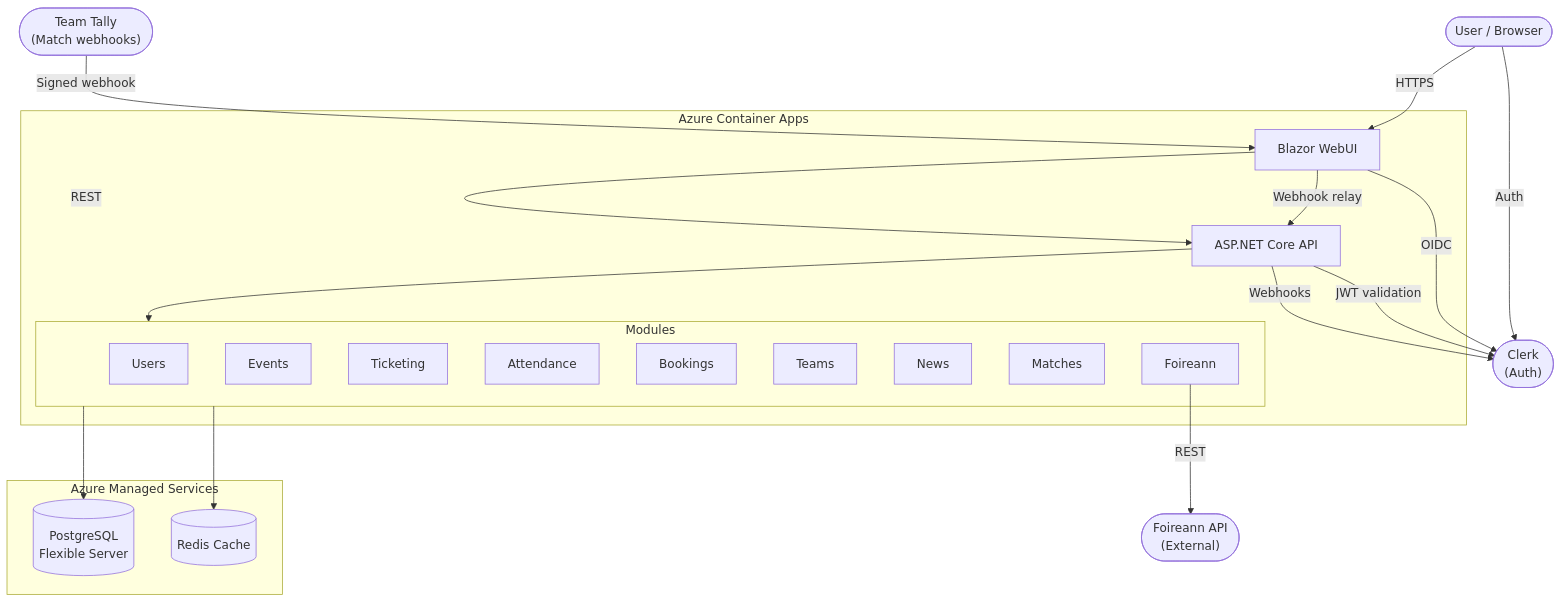
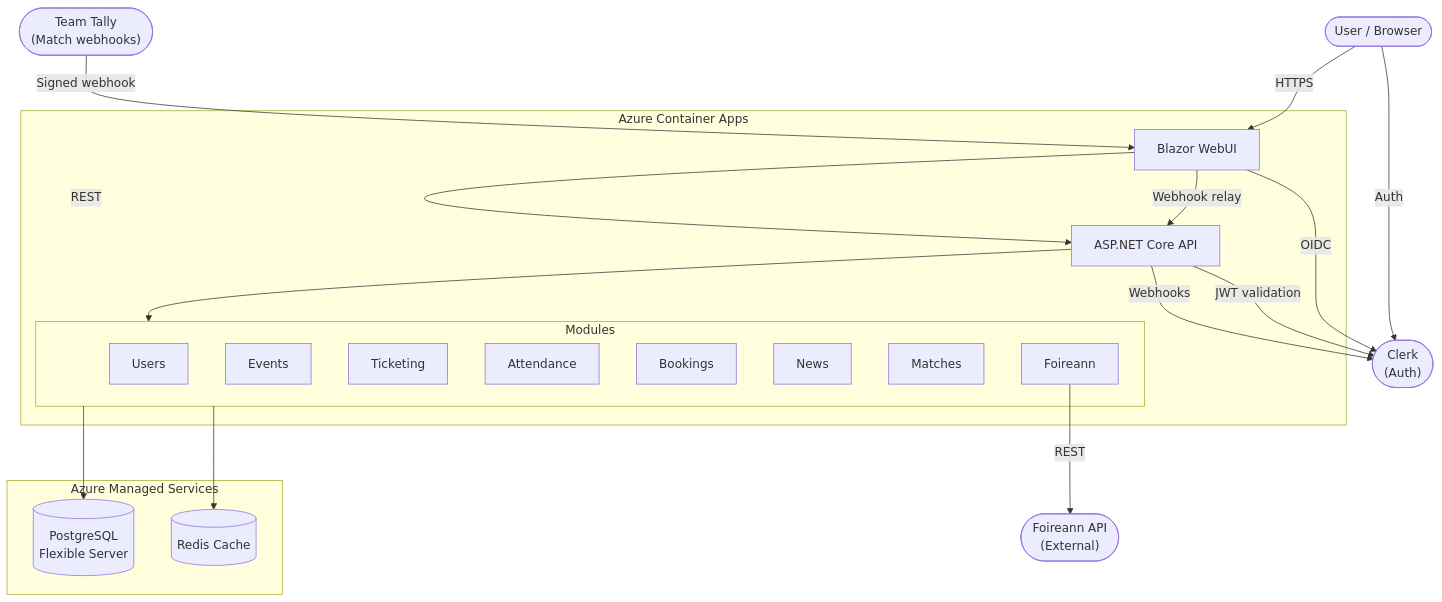
Before and after one commit to fearghalmcshane/SilverbridgeWeb: the first of 2 diagrams in README.md, drawn with Mermaid. The commit also changed other lines of this file and 2 other files, not shown here.

Commit message:
Add CLAUDE.md and sync module docs with current modules (#263)
Add a CLAUDE.md for Claude Code covering build/test commands, the Aspire
runtime topology, module architecture and conventions.

Bring the Copilot instructions and README in line with the eight modules
that exist: add Bookings, News and Matches, correct Foireann's description,
update the AddModuleConfiguration example, test project structure and key
package versions, and remove the non-existent Teams module.

````diff
--- a/README.md
+++ b/README.md
@@ -102,42 +102,41 @@
 ```mermaid
 graph TB
     User(["User / Browser"])
     Clerk(["Clerk\n(Auth)"])
     Foireann(["Foireann API\n(External)"])
     TeamTally(["Team Tally\n(Match webhooks)"])
 
     subgraph Azure Container Apps
         WebUI["Blazor WebUI"]
         API["ASP.NET Core API"]
 
         subgraph Modules
             Users["Users"]
             Events["Events"]
             Ticketing["Ticketing"]
             Attendance["Attendance"]
             Bookings["Bookings"]
-            Teams["Teams"]
             News["News"]
             Matches["Matches"]
             FoireannMod["Foireann"]
         end
     end
 
     subgraph Azure Managed Services
         PG[("PostgreSQL\nFlexible Server")]
         Redis[("Redis Cache")]
     end
 
     User -->|"HTTPS"| WebUI
     TeamTally -->|"Signed webhook"| WebUI
     WebUI -->|"Webhook relay"| API
     User -->|"Auth"| Clerk
     WebUI -->|"REST"| API
     WebUI -->|"OIDC"| Clerk
     API -->|"JWT validation"| Clerk
     API --> Modules
     API -->|"Webhooks"| Clerk
     Modules --> PG
     Modules --> Redis
     FoireannMod -->|"REST"| Foireann
 ```
````
